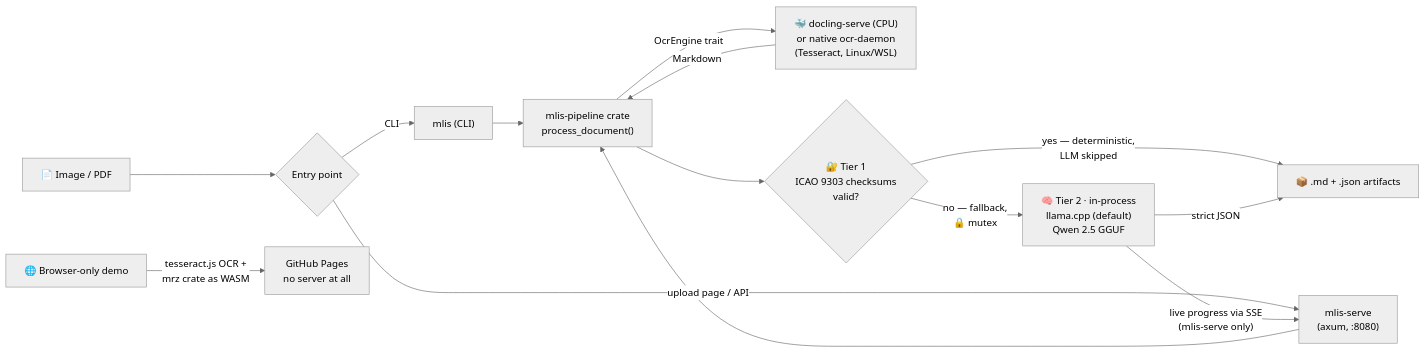
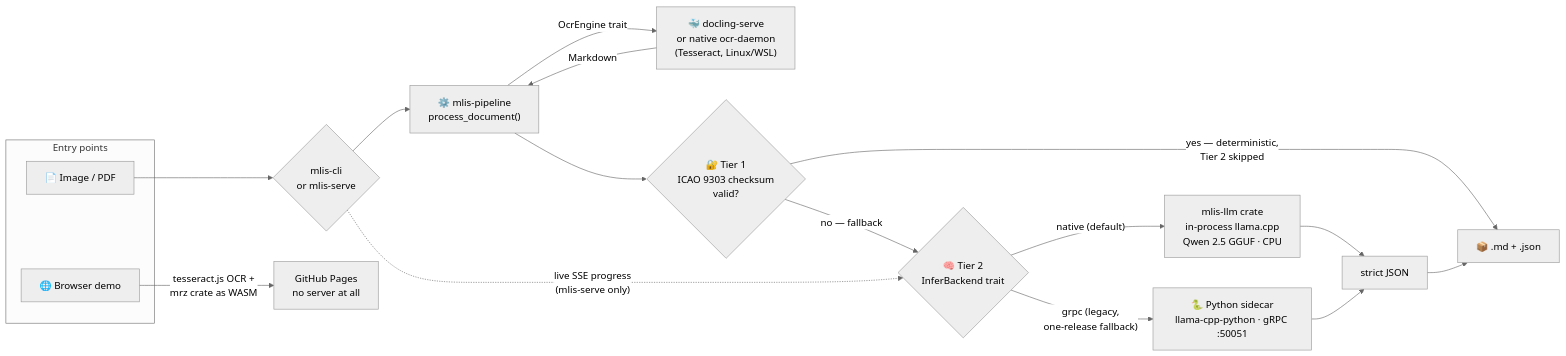
Before and after one commit to ruledicaprio/SynthPass: the diagram in README.md, drawn with Mermaid (neutral theme). The commit also changed other lines of this file and 1 other file, not shown here.

Commit message:
docs: rethink README/ARCHITECTURE for v0.6.0's InferBackend split
Rewrites both the pipeline mermaid diagram and the architecture manifest
to describe the native-vs-gRPC Tier-2 abstraction properly, instead of
still reading as if the gRPC sidecar were the only path. Adds an honest
accounting of native-backend field accuracy and states the forward
roadmap to v1.0.0 explicitly.

````diff
--- a/README.md
+++ b/README.md
@@ -28,17 +27,27 @@
 ```mermaid
 flowchart LR
-    A[📄 Image / PDF] --> B{Entry point}
-    B -->|CLI| C["mlis (CLI)"]
-    B -->|upload page / API| D["mlis-serve<br/>(axum, :8080)"]
-    C --> E["mlis-pipeline crate<br/>process_document()"]
-    D --> E
-    E -->|"OcrEngine trait"| F["🐳 docling-serve (CPU)<br/>or native ocr-daemon<br/>(Tesseract, Linux/WSL)"]
-    F -->|Markdown| E
-    E --> T{"🔐 Tier 1<br/>ICAO 9303 checksums<br/>valid?"}
-    T -->|"yes — deterministic,<br/>LLM skipped"| H[📦 .md + .json artifacts]
-    T -->|"no — fallback,<br/>🔒 mutex"| G["🧠 Tier 2 · in-process<br/>llama.cpp (default)<br/>Qwen 2.5 GGUF"]
-    G -->|"live progress via SSE<br/>(mlis-serve only)"| D
-    G -->|strict JSON| H
+    subgraph entry["Entry points"]
+        A["📄 Image / PDF"]
+        A2["🌐 Browser demo"]
+    end
 
-    A2[🌐 Browser-only demo] -->|"tesseract.js OCR +<br/>mrz crate as WASM"| W["GitHub Pages<br/>no server at all"]
+    A --> B{"mlis-cli<br/>or mlis-serve"}
+    B --> P["⚙️ mlis-pipeline<br/>process_document()"]
+
+    P -->|"OcrEngine trait"| OCR["🐳 docling-serve<br/>or native ocr-daemon<br/>(Tesseract, Linux/WSL)"]
+    OCR -->|Markdown| P
+
+    P --> T1{"🔐 Tier 1<br/>ICAO 9303 checksum<br/>valid?"}
+    T1 -->|"yes — deterministic,<br/>Tier 2 skipped"| OUT["📦 .md + .json"]
+
+    T1 -->|"no — fallback"| T2{"🧠 Tier 2<br/>InferBackend trait"}
+    T2 -->|"native (default)"| NAT["mlis-llm crate<br/>in-process llama.cpp<br/>Qwen 2.5 GGUF · CPU"]
+    T2 -->|"grpc (legacy,<br/>one-release fallback)"| GRPC["🐍 Python sidecar<br/>llama-cpp-python · gRPC :50051"]
+    NAT --> J2["strict JSON"]
+    GRPC --> J2
+    J2 --> OUT
+
+    B -.->|"live SSE progress<br/>(mlis-serve only)"| T2
+
+    A2 -->|"tesseract.js OCR +<br/>mrz crate as WASM"| PAGES["GitHub Pages<br/>no server at all"]
 ```
````
